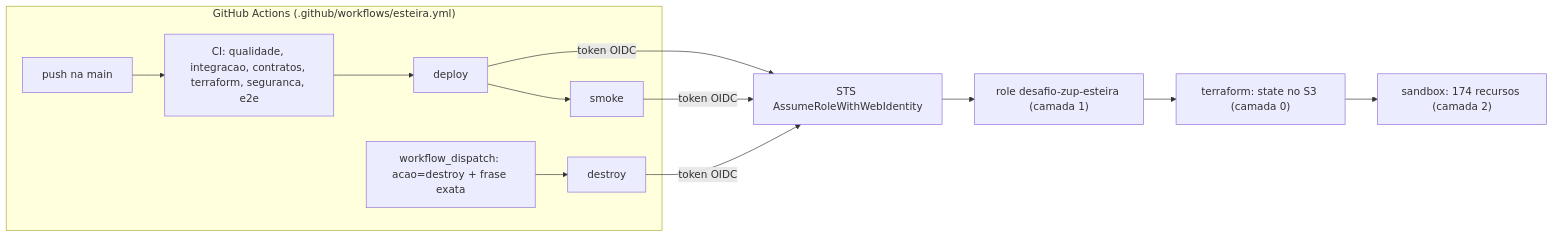
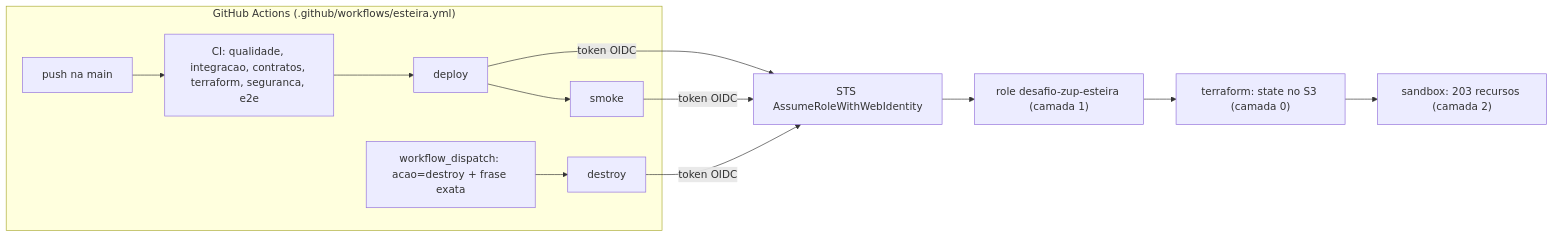
Before and after one commit to giovanedms/desafio-zup: the diagram in docs/operacao/infraestrutura.md, drawn with Mermaid. The commit also changed other lines of this file and 4 other files, not shown here.

````diff
--- a/docs/operacao/infraestrutura.md
+++ b/docs/operacao/infraestrutura.md
@@ -17,14 +17,14 @@
 ```mermaid
 flowchart LR
   subgraph GH["GitHub Actions (.github/workflows/esteira.yml)"]
     PUSH["push na main"] --> CI["CI: qualidade, integracao, contratos, terraform, seguranca, e2e"]
     CI --> DEP["deploy"] --> SMK["smoke"]
     DISP["workflow_dispatch: acao=destroy + frase exata"] --> DES["destroy"]
   end
   DEP -->|"token OIDC"| STS["STS AssumeRoleWithWebIdentity"]
   SMK -->|"token OIDC"| STS
   DES -->|"token OIDC"| STS
   STS --> ROLE["role desafio-zup-esteira (camada 1)"]
   ROLE --> TF["terraform: state no S3 (camada 0)"]
-  TF --> SBX["sandbox: 174 recursos (camada 2)"]
+  TF --> SBX["sandbox: 203 recursos (camada 2)"]
 ```
````
